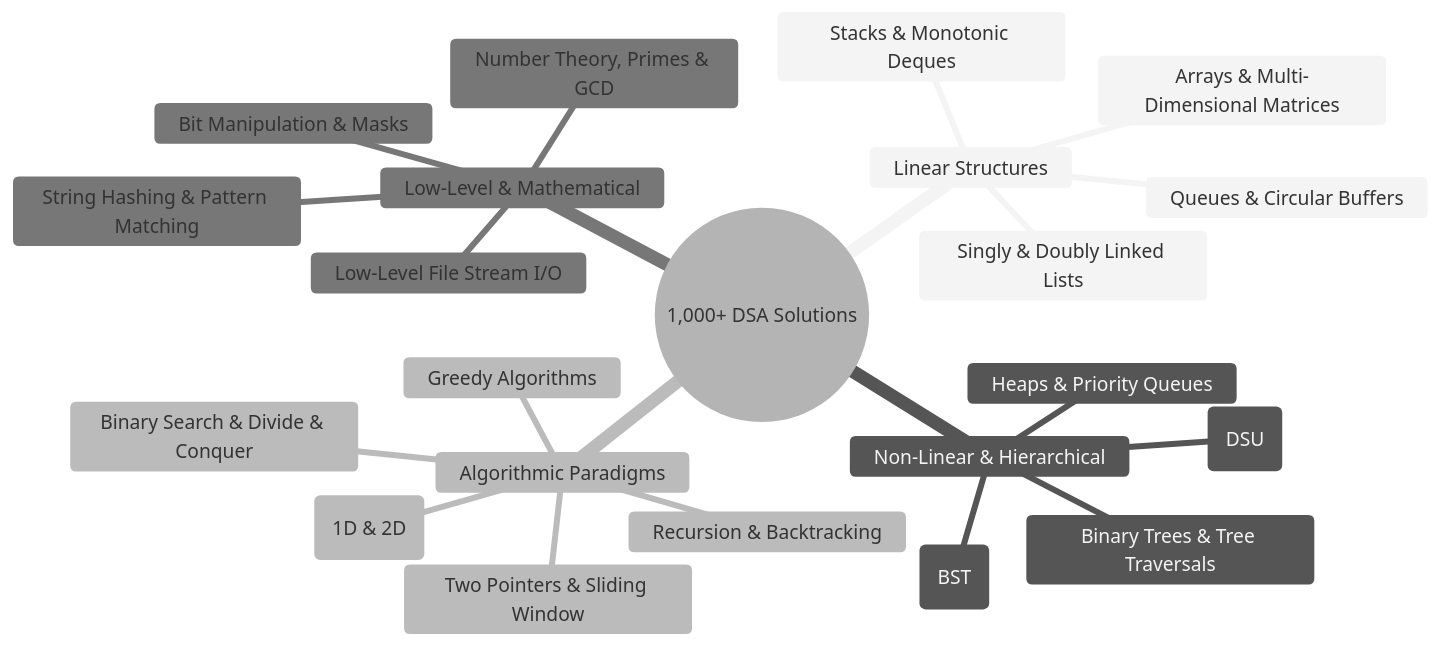
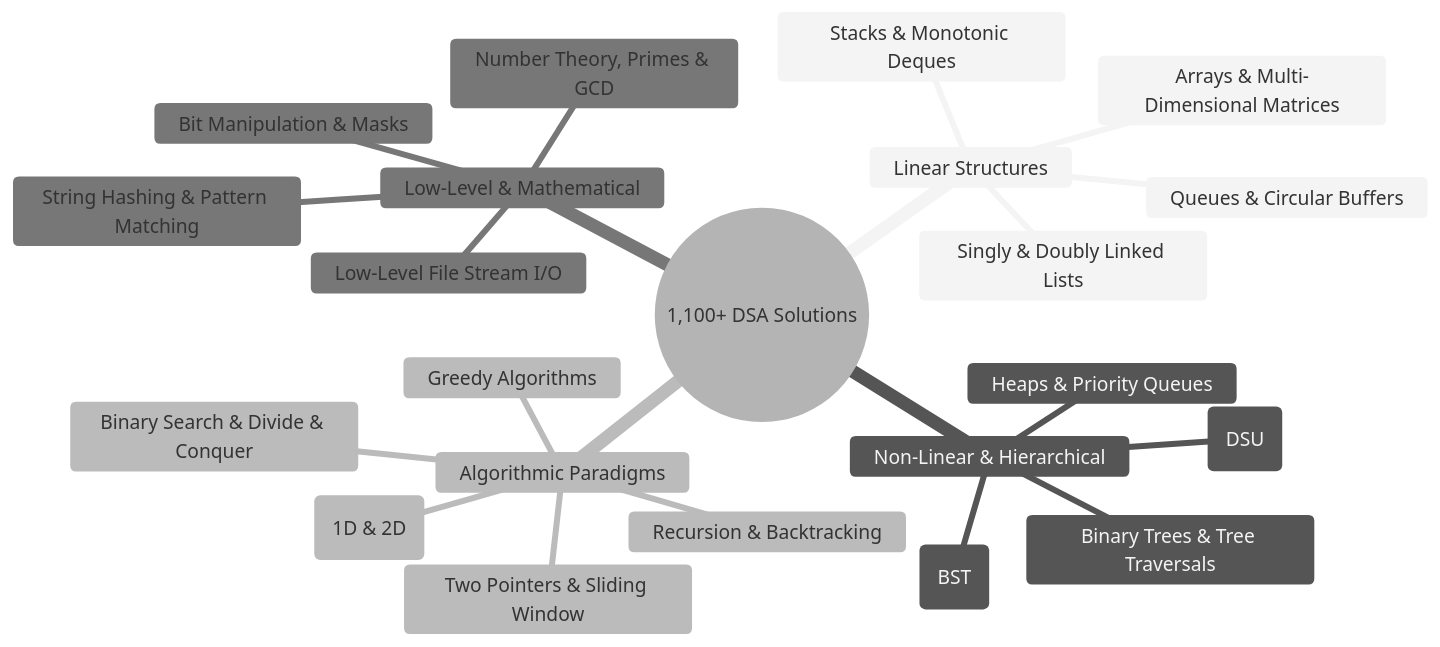
The diagram in README.md (nahidzaman1996271-sketch/All-my-codes-here-using-C-and-Cpp-), drawn with Mermaid (neutral theme) before and after one commit. The commit also changed other lines of this file, not shown here.

````diff
--- a/README.md
+++ b/README.md
@@ -46,25 +46,25 @@
 ```mermaid
 mindmap
-  root((1,000+ DSA Solutions))
+  root((1,100+ DSA Solutions))
     Linear Structures
       Arrays & Multi-Dimensional Matrices
       Singly & Doubly Linked Lists
       Stacks & Monotonic Deques
       Queues & Circular Buffers
     Non-Linear & Hierarchical
       Binary Trees & Tree Traversals
       Binary Search Trees (BST)
       Heaps & Priority Queues
       Graphs & Disjoint Set Union (DSU)
     Algorithmic Paradigms
       Two Pointers & Sliding Window
       Binary Search & Divide & Conquer
       Recursion & Backtracking
       Greedy Algorithms
       Dynamic Programming (1D & 2D)
     Low-Level & Mathematical
       Bit Manipulation & Masks
       Number Theory, Primes & GCD
       String Hashing & Pattern Matching
       Low-Level File Stream I/O
 ```
````
